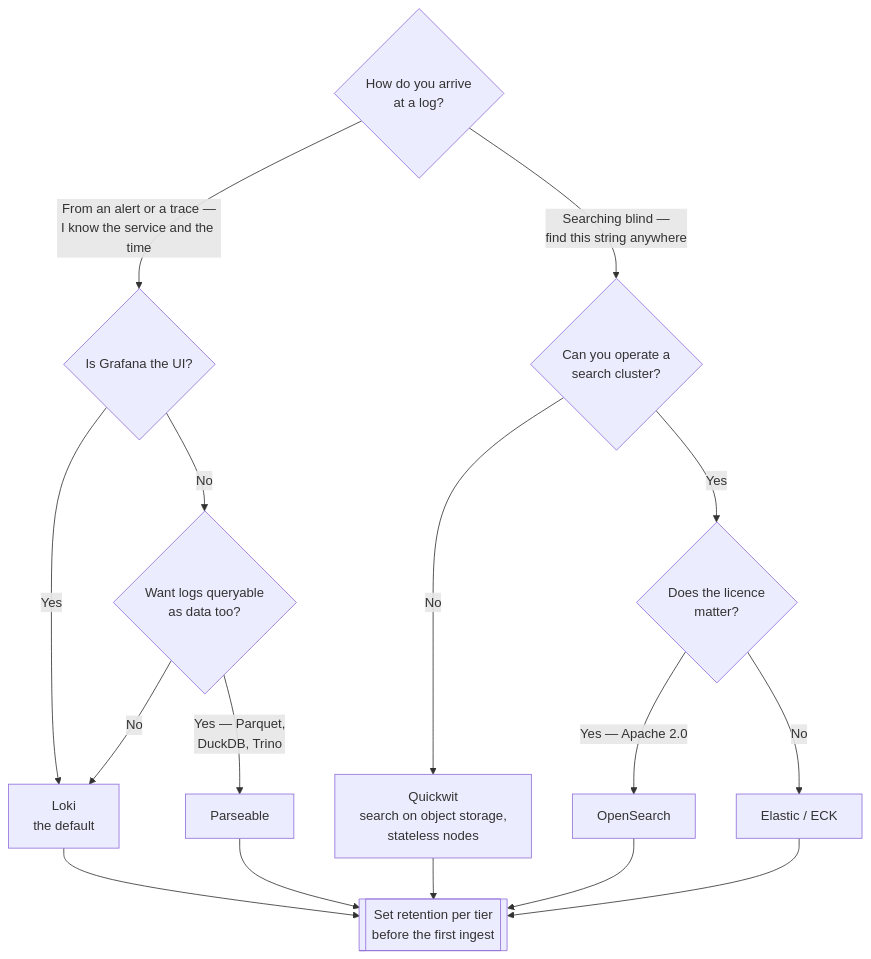
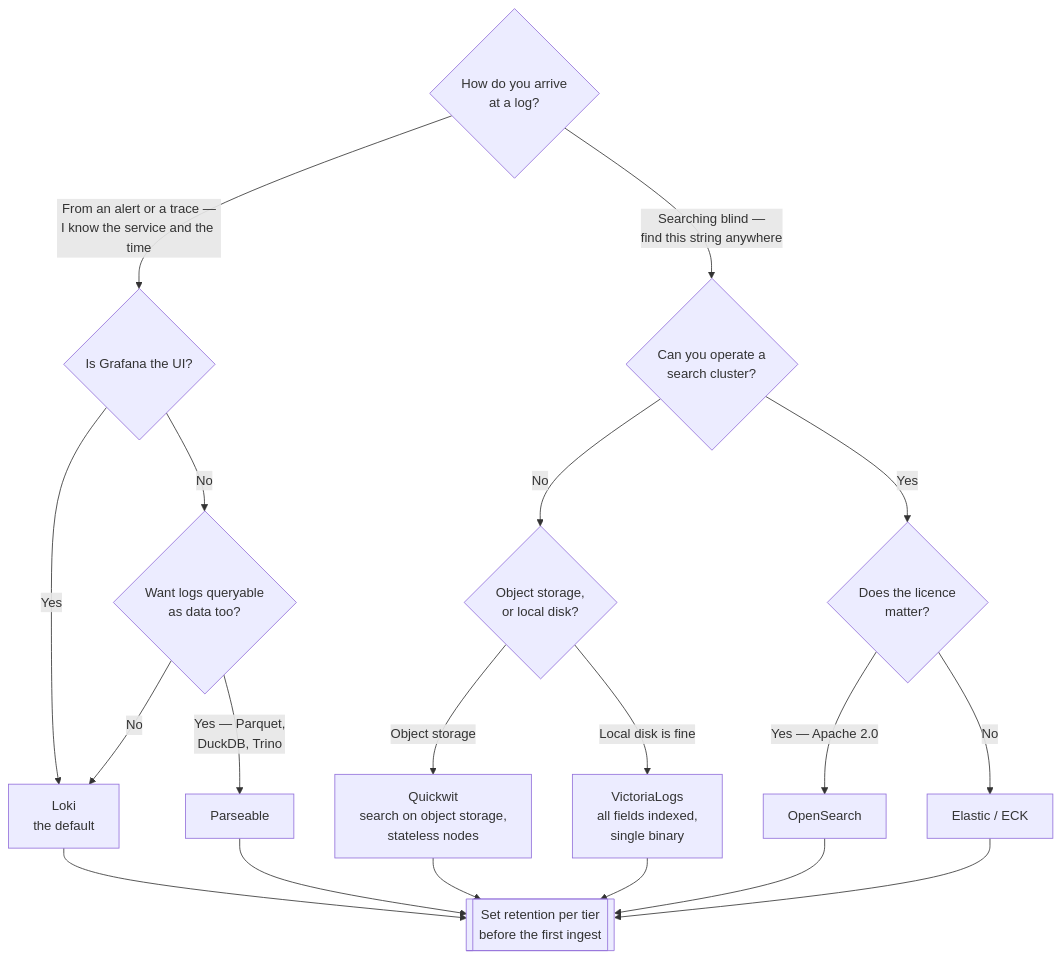
One commit to andreyolv/pikakube changed the diagram in infrastructure/observability/logs/storage/README.md. Above: the diagram before and after it, drawn with Mermaid. The commit also changed other lines of this file and 32 other files, not shown here.

````diff
--- a/infrastructure/observability/logs/storage/README.md
+++ b/infrastructure/observability/logs/storage/README.md
@@ -57,28 +63,31 @@
 ```mermaid
 flowchart TD
     START{How do you arrive<br/>at a log?}
 
     START -->|From an alert or a trace —<br/>I know the service and the time| Q1
     START -->|Searching blind —<br/>find this string anywhere| Q2
 
     Q1{Is Grafana the UI?}
     Q1 -->|Yes| LOKI[Loki<br/>the default]
     Q1 -->|No| Q1b{Want logs queryable<br/>as data too?}
     Q1b -->|Yes — Parquet,<br/>DuckDB, Trino| PAR[Parseable]
     Q1b -->|No| LOKI
 
     Q2{Can you operate a<br/>search cluster?}
-    Q2 -->|No| QW[Quickwit<br/>search on object storage,<br/>stateless nodes]
+    Q2 -->|No| Q2b{Object storage,<br/>or local disk?}
+    Q2b -->|Object storage| QW[Quickwit<br/>search on object storage,<br/>stateless nodes]
+    Q2b -->|Local disk is fine| VL[VictoriaLogs<br/>all fields indexed,<br/>single binary]
     Q2 -->|Yes| Q3
 
     Q3{Does the licence<br/>matter?}
     Q3 -->|Yes — Apache 2.0| OS[OpenSearch]
     Q3 -->|No| EL[Elastic / ECK]
 
     LOKI --> RET
     PAR --> RET
     QW --> RET
+    VL --> RET
     OS --> RET
     EL --> RET
     RET[[Set retention per tier<br/>before the first ingest]]
 ```
````
